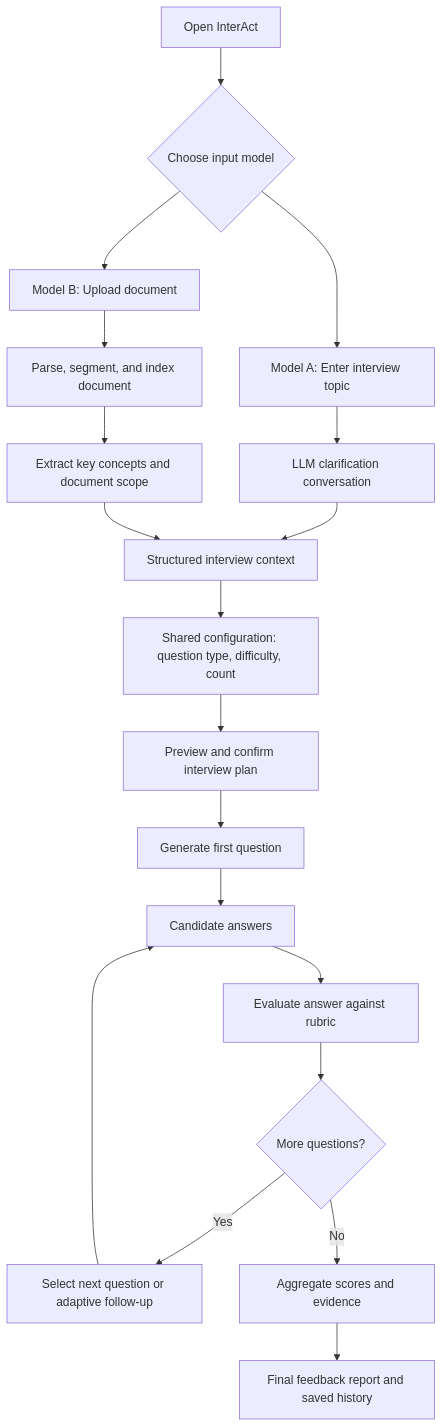
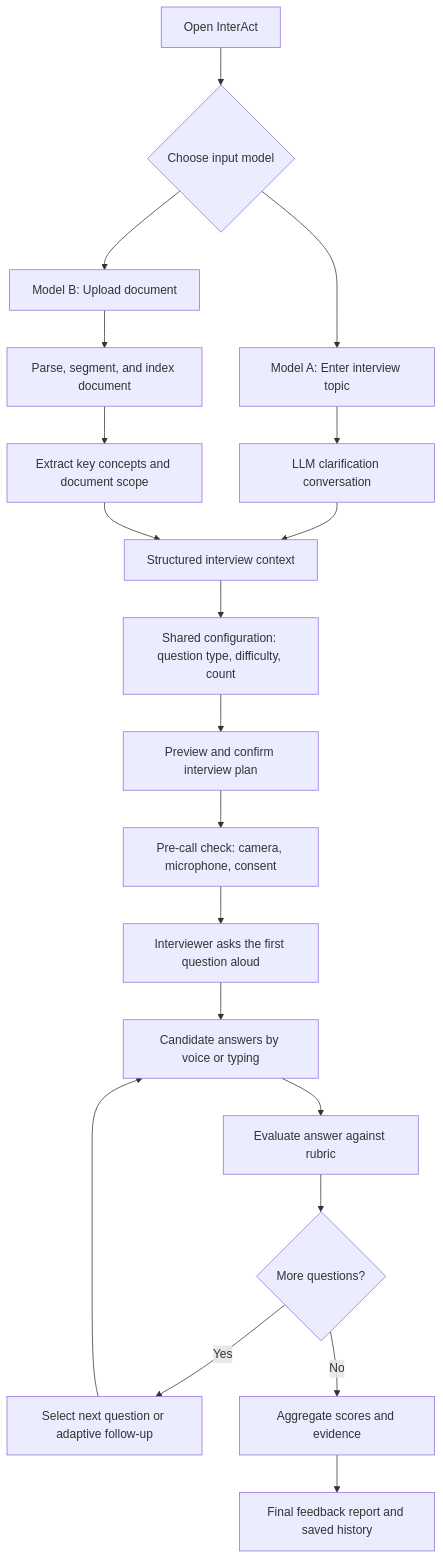
One commit to avaneja/interAct_main_2026 changed the first of 3 diagrams in README.md. Above: the diagram before and after it, drawn with Mermaid. The commit also changed other lines of this file and 2 other files, not shown here.

First line of the commit message:
Re-plan the interview as a live call with a 3D interviewer

````diff
--- a/README.md
+++ b/README.md
@@ -34,21 +36,22 @@
 ```mermaid
 flowchart TD
     A[Open InterAct] --> B{Choose input model}
     B --> C[Model A: Enter interview topic]
     B --> D[Model B: Upload document]
     C --> E[LLM clarification conversation]
     D --> F[Parse, segment, and index document]
     F --> G[Extract key concepts and document scope]
     E --> H[Structured interview context]
     G --> H
     H --> I[Shared configuration: question type, difficulty, count]
     I --> J[Preview and confirm interview plan]
-    J --> K[Generate first question]
-    K --> L[Candidate answers]
+    J --> CHK[Pre-call check: camera, microphone, consent]
+    CHK --> K[Interviewer asks the first question aloud]
+    K --> L[Candidate answers by voice or typing]
     L --> M[Evaluate answer against rubric]
     M --> N{More questions?}
     N -->|Yes| O[Select next question or adaptive follow-up]
     O --> L
     N -->|No| P[Aggregate scores and evidence]
     P --> Q[Final feedback report and saved history]
 ```
````
